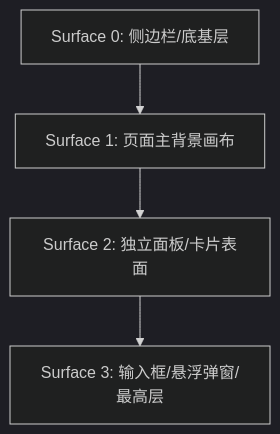
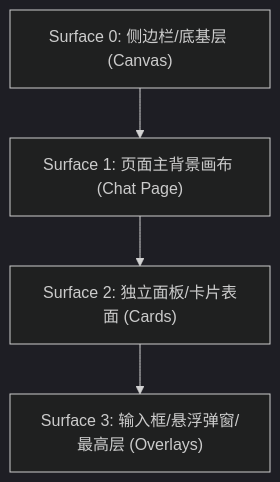
One commit to 20240610ldx-hub/open-claude-ui changed the first of 7 diagrams in docs/v1/Claude Design System (CDS).full.md. Above: the diagram before and after it, drawn with Mermaid (dark theme). The commit also changed other lines of this file and 5 other files, not shown here.

````diff
--- a/docs/v1/Claude Design System (CDS).full.md
+++ b/docs/v1/Claude Design System (CDS).full.md
@@ -126,9 +126,9 @@
 ```mermaid
 graph TD
-    S0["Surface 0: 侧边栏/底基层"]
-    S1["Surface 1: 页面主背景画布"]
-    S2["Surface 2: 独立面板/卡片表面"]
-    S3["Surface 3: 输入框/悬浮弹窗/最高层"]
+    S0["Surface 0: 侧边栏/底基层 (Canvas)"]
+    S1["Surface 1: 页面主背景画布 (Chat Page)"]
+    S2["Surface 2: 独立面板/卡片表面 (Cards)"]
+    S3["Surface 3: 输入框/悬浮弹窗/最高层 (Overlays)"]
     
     S0 --> S1 --> S2 --> S3
 ```
````
